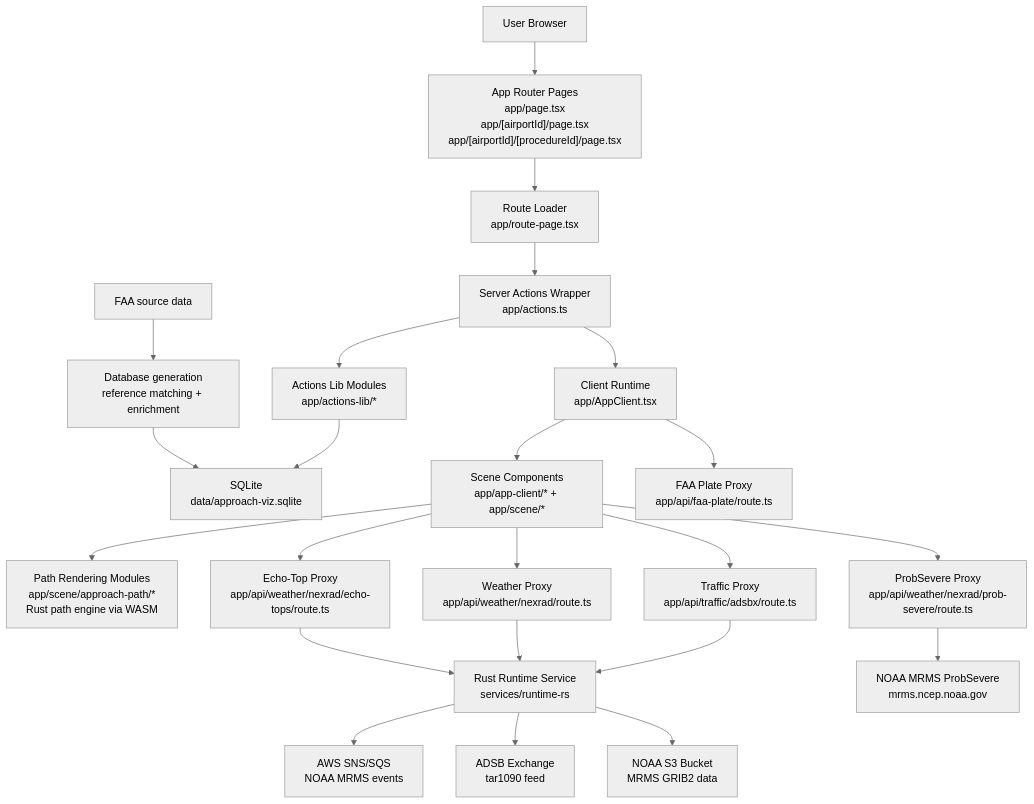
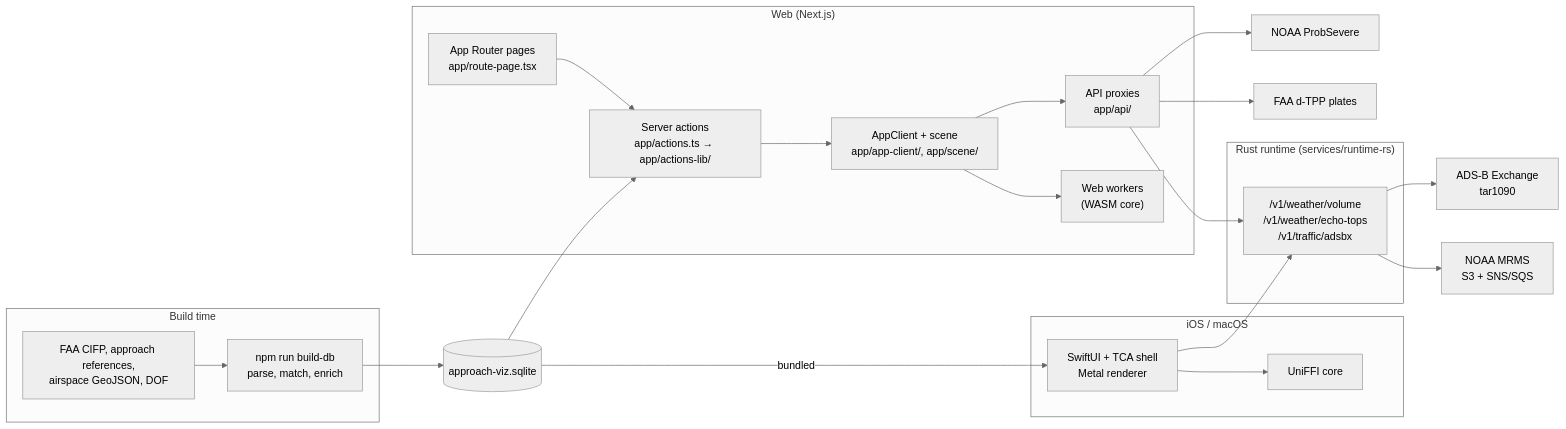
The diagram in docs/architecture-overview.md (andyfangdz/approach-viz), drawn with Mermaid (neutral theme) before and after one commit. The commit also changed other lines of this file, not shown here.

Commit message:
Rewrite architecture overview doc to cover native, shared core, and build-time pipeline
Claude-Session: https://claude.ai/code/session_01C1rrY39dFhUmqruEJsMKhR

````diff
--- a/docs/architecture-overview.md
+++ b/docs/architecture-overview.md
@@ -7,25 +13,30 @@
 ```mermaid
-flowchart TD
-  U["User Browser"] --> R["App Router Pages<br/>app/page.tsx<br/>app/[airportId]/page.tsx<br/>app/[airportId]/[procedureId]/page.tsx"]
-  R --> L["Route Loader<br/>app/route-page.tsx"]
-  L --> A["Server Actions Wrapper<br/>app/actions.ts"]
-  A --> AL["Actions Lib Modules<br/>app/actions-lib/*"]
-  AL --> DB["SQLite<br/>data/approach-viz.sqlite"]
-  SRC["FAA source data"] --> BUILD["Database generation<br/>reference matching + enrichment"]
-  BUILD --> DB
-  A --> C["Client Runtime<br/>app/AppClient.tsx"]
-  C --> S["Scene Components<br/>app/app-client/* + app/scene/*"]
-  C --> PP["FAA Plate Proxy<br/>app/api/faa-plate/route.ts"]
-  S --> G["Path Rendering Modules<br/>app/scene/approach-path/*<br/>Rust path engine via WASM"]
-  S --> TP["Traffic Proxy<br/>app/api/traffic/adsbx/route.ts"]
-  S --> WP["Weather Proxy<br/>app/api/weather/nexrad/route.ts"]
-  S --> EP["Echo-Top Proxy<br/>app/api/weather/nexrad/echo-tops/route.ts"]
-  S --> PS["ProbSevere Proxy<br/>app/api/weather/nexrad/prob-severe/route.ts"]
-  TP --> RS["Rust Runtime Service<br/>services/runtime-rs"]
-  WP --> RS
-  EP --> RS
-  PS --> NPS["NOAA MRMS ProbSevere<br/>mrms.ncep.noaa.gov"]
-  RS --> SQS["AWS SNS/SQS<br/>NOAA MRMS events"]
-  RS --> ADSB["ADSB Exchange<br/>tar1090 feed"]
-  RS --> S3["NOAA S3 Bucket<br/>MRMS GRIB2 data"]
+flowchart LR
+  subgraph build["Build time"]
+    SRC["FAA CIFP, approach references,<br/>airspace GeoJSON, DOF"] --> BDB["npm run build-db<br/>parse, match, enrich"]
+  end
+  BDB --> DB[("approach-viz.sqlite")]
+
+  subgraph web["Web (Next.js)"]
+    PAGES["App Router pages<br/>app/route-page.tsx"] --> ACT["Server actions<br/>app/actions.ts → app/actions-lib/"]
+    CLIENT["AppClient + scene<br/>app/app-client/, app/scene/"] --> WORKERS["Web workers<br/>(WASM core)"]
+    CLIENT --> PROXY["API proxies<br/>app/api/"]
+  end
+  DB --> ACT
+  ACT --> CLIENT
+
+  subgraph native["iOS / macOS"]
+    APP["SwiftUI + TCA shell<br/>Metal renderer"] --> FFI["UniFFI core"]
+  end
+  DB -- bundled --> APP
+
+  subgraph runtime["Rust runtime (services/runtime-rs)"]
+    RS["/v1/weather/volume<br/>/v1/weather/echo-tops<br/>/v1/traffic/adsbx"]
+  end
+  PROXY --> RS
+  APP --> RS
+  PROXY --> FAA["FAA d-TPP plates"]
+  PROXY --> PS["NOAA ProbSevere"]
+  RS --> MRMS["NOAA MRMS<br/>S3 + SNS/SQS"]
+  RS --> ADSB["ADS-B Exchange<br/>tar1090"]
 ```
````
